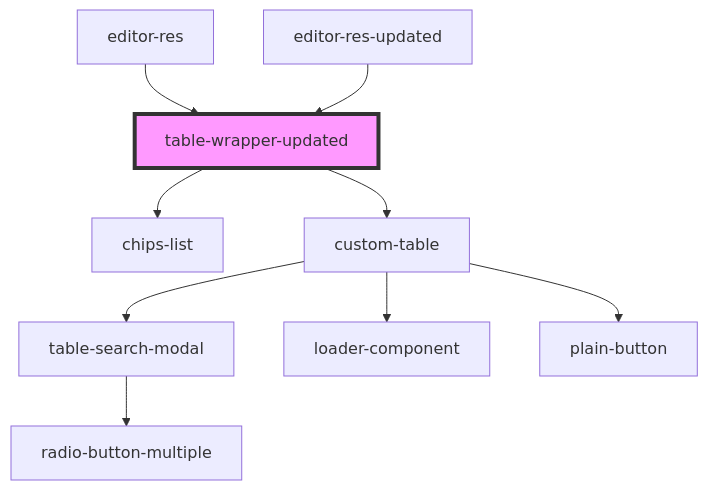
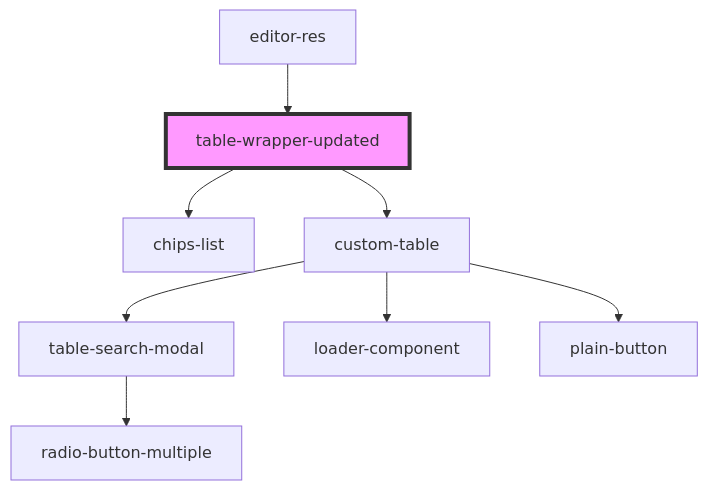
The diagram in src/components/table-wrapper-updated/readme.md (techvariable/NeptuneConnectComponents), drawn with Mermaid before and after one commit. The commit also changed other lines of this file and 10 other files, not shown here.

````diff
--- a/src/components/table-wrapper-updated/readme.md
+++ b/src/components/table-wrapper-updated/readme.md
@@ -32,12 +31,11 @@
 ```mermaid
 graph TD;
   table-wrapper-updated --> chips-list
   table-wrapper-updated --> custom-table
   custom-table --> table-search-modal
   custom-table --> loader-component
   custom-table --> plain-button
   table-search-modal --> radio-button-multiple
   editor-res --> table-wrapper-updated
-  editor-res-updated --> table-wrapper-updated
   style table-wrapper-updated fill:#f9f,stroke:#333,stroke-width:4px
 ```
````
